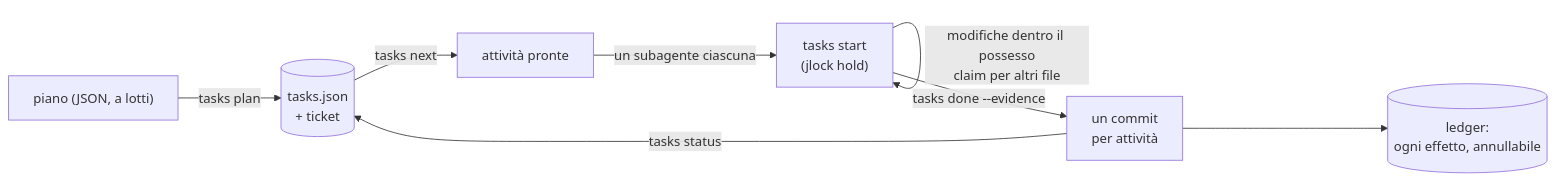
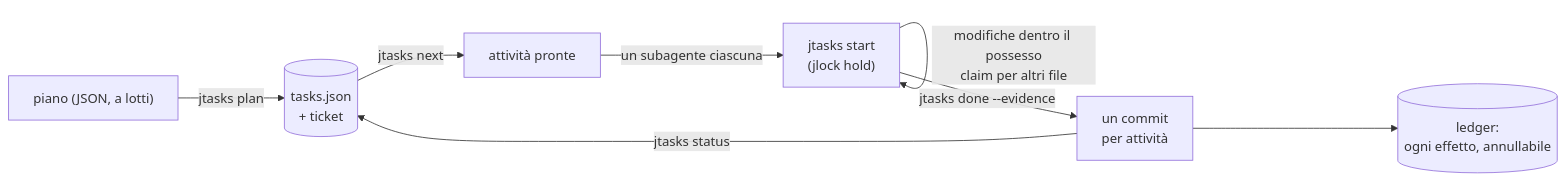
The diagram in README.it.md (rodrigojager/jtasks), drawn with Mermaid before and after one commit. The commit also changed other lines of this file and 98 other files, not shown here.

````diff
--- a/README.it.md
+++ b/README.it.md
@@ -41,10 +41,10 @@
 ```mermaid
 flowchart LR
-  plan["piano (JSON, a lotti)"] -->|tasks plan| list[("tasks.json\n+ ticket")]
-  list -->|tasks next| ready["attività pronte"]
-  ready -->|un subagente ciascuna| work["tasks start\n(jlock hold)"]
+  plan["piano (JSON, a lotti)"] -->|jtasks plan| list[("tasks.json\n+ ticket")]
+  list -->|jtasks next| ready["attività pronte"]
+  ready -->|un subagente ciascuna| work["jtasks start\n(jlock hold)"]
   work -->|modifiche dentro il possesso\nclaim per altri file| work
-  work -->|tasks done --evidence| commit["un commit\nper attività"]
+  work -->|jtasks done --evidence| commit["un commit\nper attività"]
   commit --> ledger[("ledger:\nogni effetto, annullabile")]
-  commit -->|tasks status| list
+  commit -->|jtasks status| list
 ```
````
